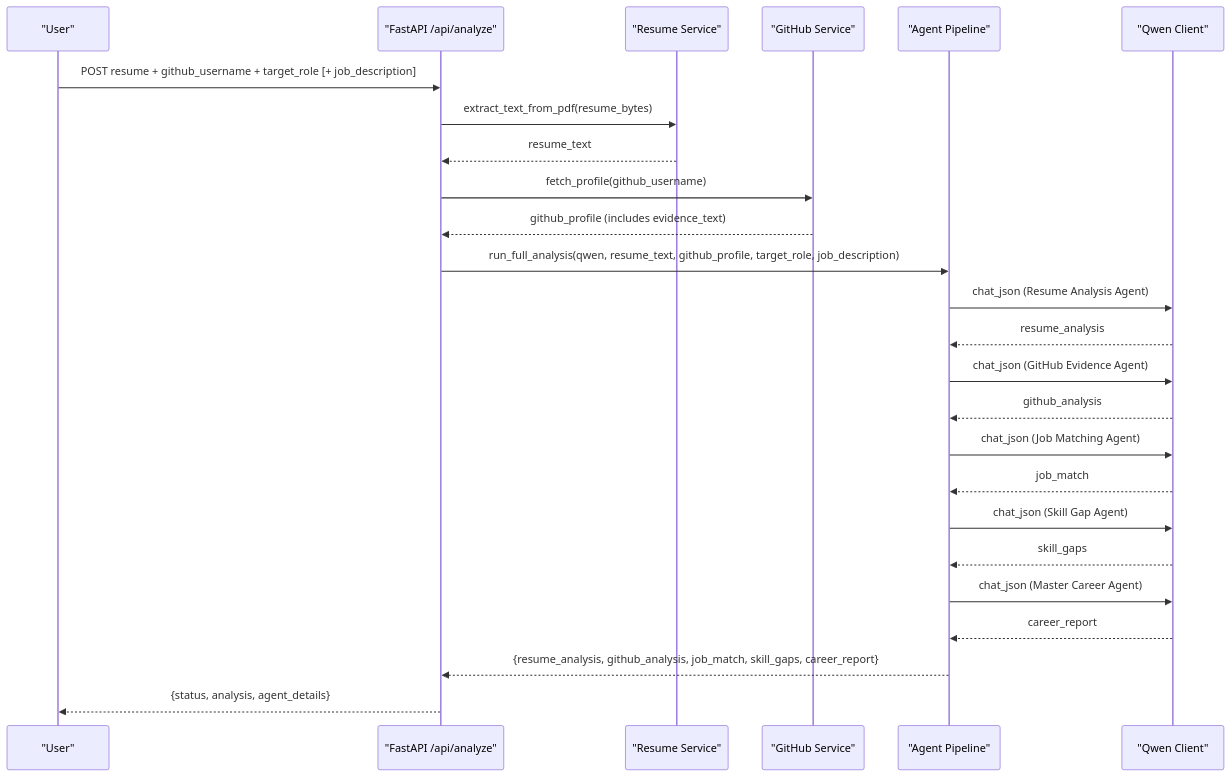
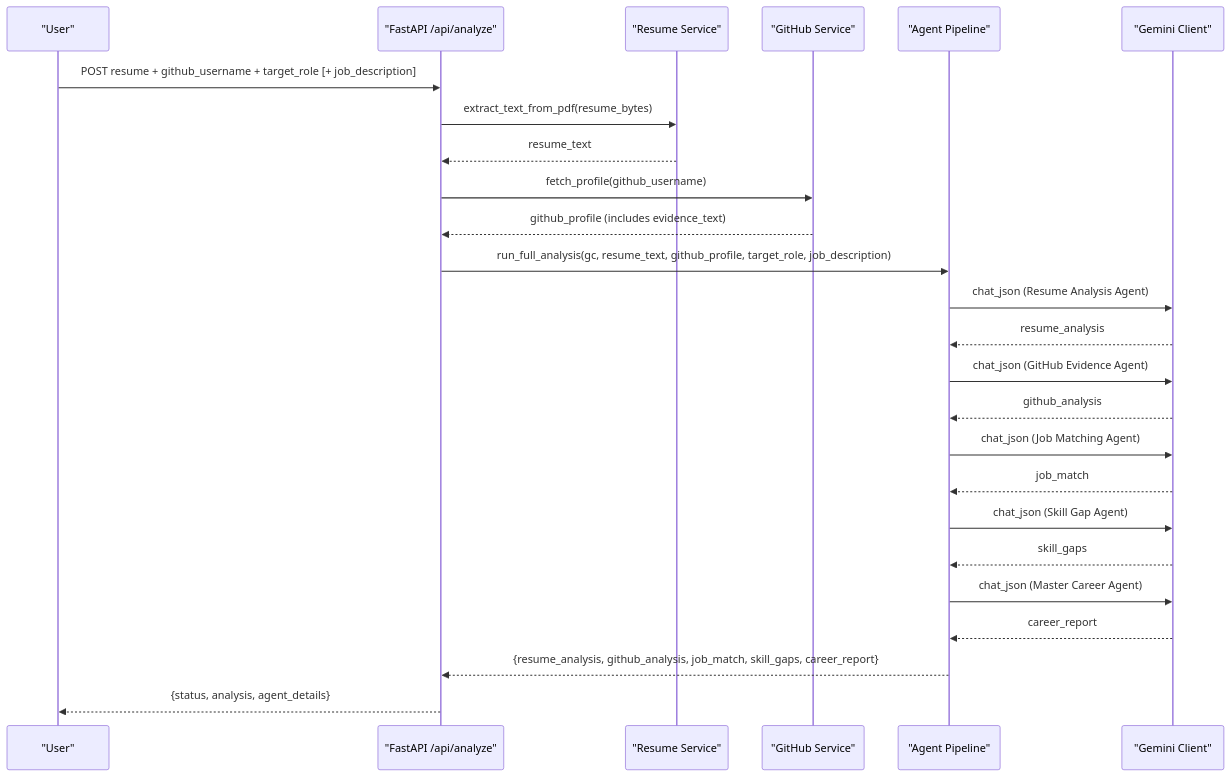
The second of 4 diagrams in .qoder/repowiki/en/content/Multi-Agent System/Multi-Agent System.md (waqarimran342/CareerOS-AI), drawn with Mermaid before and after one commit. The commit also changed other lines of this file and 32 other files, not shown here.

````diff
--- a/.qoder/repowiki/en/content/Multi-Agent System/Multi-Agent System.md
+++ b/.qoder/repowiki/en/content/Multi-Agent System/Multi-Agent System.md
@@ -99,27 +108,27 @@
 ```mermaid
 sequenceDiagram
 participant U as "User"
 participant API as "FastAPI /api/analyze"
 participant RS as "Resume Service"
 participant GS as "GitHub Service"
 participant AG as "Agent Pipeline"
-participant QC as "Qwen Client"
+participant GC as "Gemini Client"
 U->>API : POST resume + github_username + target_role [+ job_description]
 API->>RS : extract_text_from_pdf(resume_bytes)
 RS-->>API : resume_text
 API->>GS : fetch_profile(github_username)
 GS-->>API : github_profile (includes evidence_text)
-API->>AG : run_full_analysis(qwen, resume_text, github_profile, target_role, job_description)
-AG->>QC : chat_json (Resume Analysis Agent)
-QC-->>AG : resume_analysis
-AG->>QC : chat_json (GitHub Evidence Agent)
-QC-->>AG : github_analysis
-AG->>QC : chat_json (Job Matching Agent)
-QC-->>AG : job_match
-AG->>QC : chat_json (Skill Gap Agent)
-QC-->>AG : skill_gaps
-AG->>QC : chat_json (Master Career Agent)
-QC-->>AG : career_report
+API->>AG : run_full_analysis(gc, resume_text, github_profile, target_role, job_description)
+AG->>GC : chat_json (Resume Analysis Agent)
+GC-->>AG : resume_analysis
+AG->>GC : chat_json (GitHub Evidence Agent)
+GC-->>AG : github_analysis
+AG->>GC : chat_json (Job Matching Agent)
+GC-->>AG : job_match
+AG->>GC : chat_json (Skill Gap Agent)
+GC-->>AG : skill_gaps
+AG->>GC : chat_json (Master Career Agent)
+GC-->>AG : career_report
 AG-->>API : {resume_analysis, github_analysis, job_match, skill_gaps, career_report}
 API-->>U : {status, analysis, agent_details}
 ```
````
